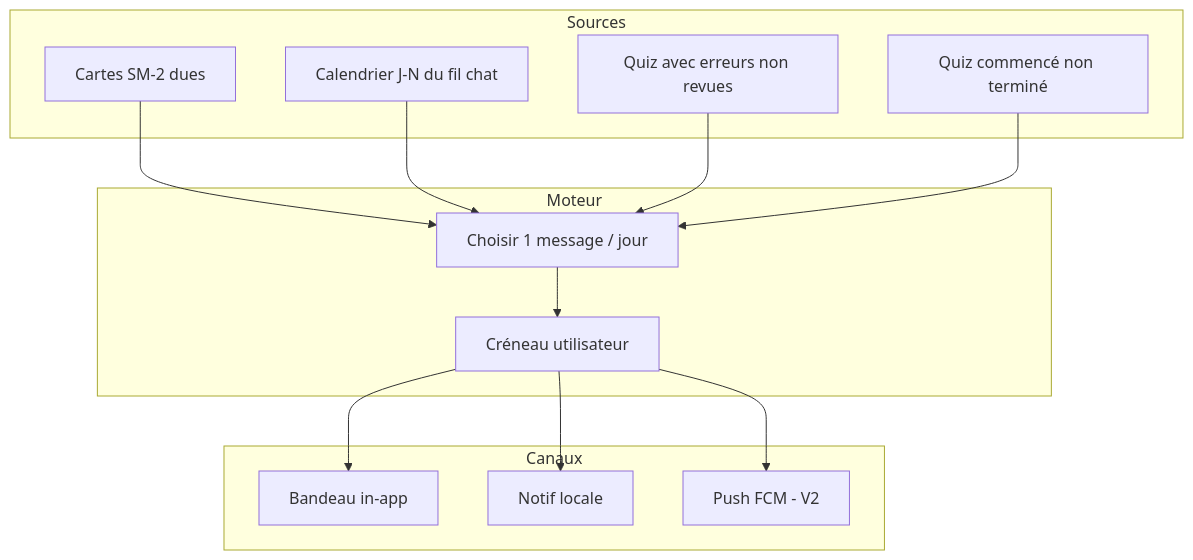
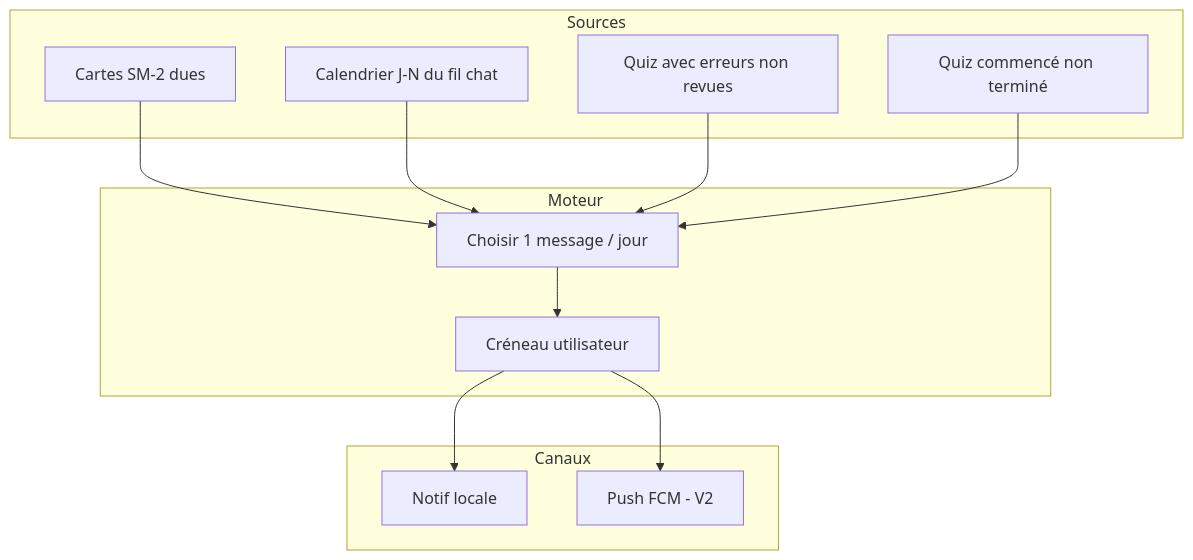
The diagram in docs/spec-learning-reminders-history.md (herman2003/lucy_frontend), drawn with Mermaid before and after one commit. The commit also changed other lines of this file and 11 other files, not shown here.

````diff
--- a/docs/spec-learning-reminders-history.md
+++ b/docs/spec-learning-reminders-history.md
@@ -135,26 +135,24 @@
 ```mermaid
 flowchart TB
   subgraph sources [Sources]
     SM2[Cartes SM-2 dues]
     JN[Calendrier J-N du fil chat]
     QUIZ[Quiz avec erreurs non revues]
     DRAFT[Quiz commencé non terminé]
   end
   subgraph engine [Moteur]
     PICK[Choisir 1 message / jour]
     SLOT[Créneau utilisateur]
   end
   subgraph channels [Canaux]
-    INAPP[Bandeau in-app]
     LOCAL[Notif locale]
     FCM[Push FCM - V2]
   end
   SM2 --> PICK
   JN --> PICK
   QUIZ --> PICK
   DRAFT --> PICK
   PICK --> SLOT
-  SLOT --> INAPP
   SLOT --> LOCAL
   SLOT --> FCM
 ```
````
